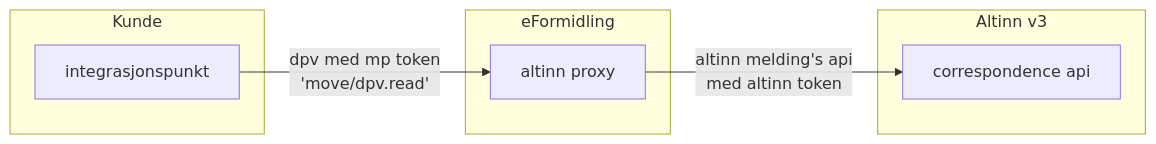
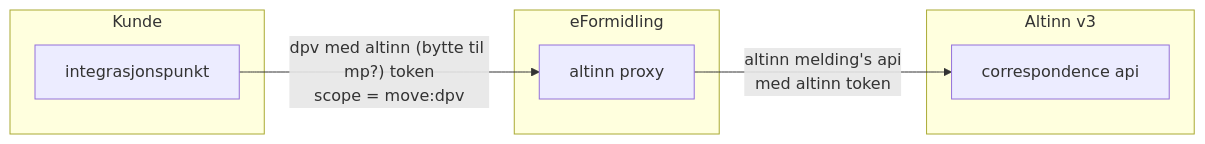
One commit to felleslosninger/efm-integrasjonspunkt changed the first of 2 diagrams in altinn-v3-proxy/README.md. Above: the diagram before and after it, drawn with Mermaid. The commit also changed other lines of this file and 11 other files, not shown here.

````diff
--- a/altinn-v3-proxy/README.md
+++ b/altinn-v3-proxy/README.md
@@ -10,18 +10,18 @@
 ```mermaid
 graph LR
 
     subgraph Kunde
         IP[integrasjonspunkt]
     end
 
     subgraph eFormidling
         AP[altinn proxy]
     end
 
     subgraph Altinn v3
         CA[correspondence api]
     end
 
-    IP-- dpv med mp token\n'move/dpv.read' -->AP
+    IP-- dpv med altinn (bytte til mp?) token\nscope = move:dpv -->AP
     AP-- altinn melding's api\nmed altinn token -->CA
 ```
````
